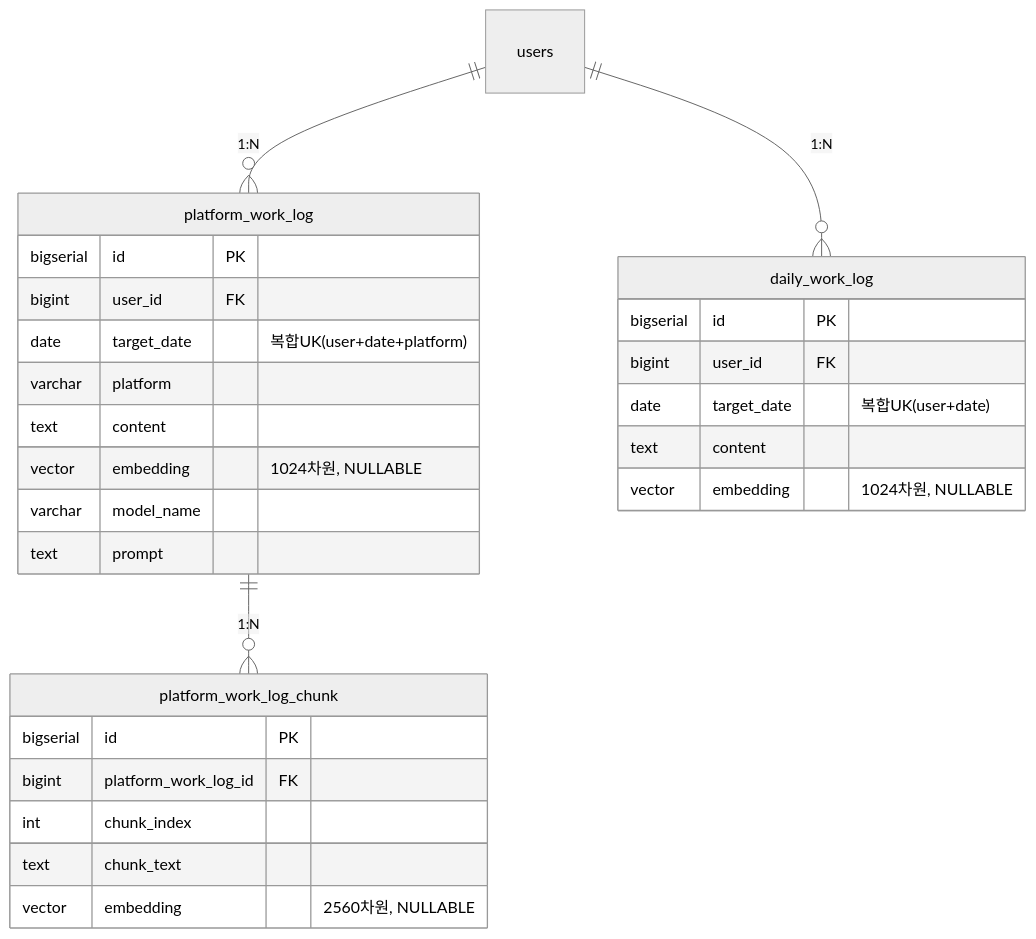
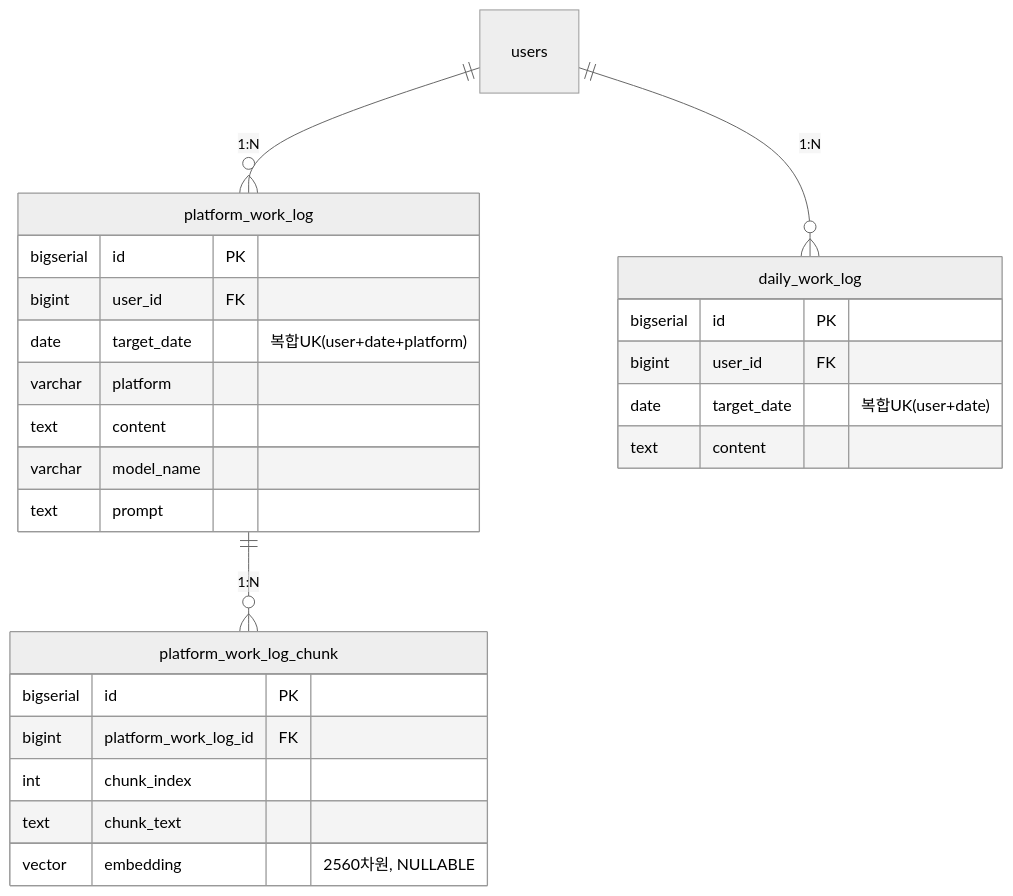
One commit to sanggi-wjg/dev-blackbox changed the sixth of 7 diagrams in docs/ERD.md. Above: the diagram before and after it, drawn with Mermaid (neutral theme). The commit also changed 10 other files, not shown here.

````diff
--- a/docs/ERD.md
+++ b/docs/ERD.md
@@ -154,33 +154,31 @@
 ```mermaid
 erDiagram
     users ||--o{ platform_work_log : "1:N"
     users ||--o{ daily_work_log : "1:N"
     platform_work_log ||--o{ platform_work_log_chunk : "1:N"
 
     platform_work_log {
         bigserial id PK
         bigint user_id FK
         date target_date "복합UK(user+date+platform)"
         varchar platform
         text content
-        vector embedding "1024차원, NULLABLE"
         varchar model_name
         text prompt
     }
 
     daily_work_log {
         bigserial id PK
         bigint user_id FK
         date target_date "복합UK(user+date)"
         text content
-        vector embedding "1024차원, NULLABLE"
     }
 
     platform_work_log_chunk {
         bigserial id PK
         bigint platform_work_log_id FK
         int chunk_index
         text chunk_text
         vector embedding "2560차원, NULLABLE"
     }
 ```
````
